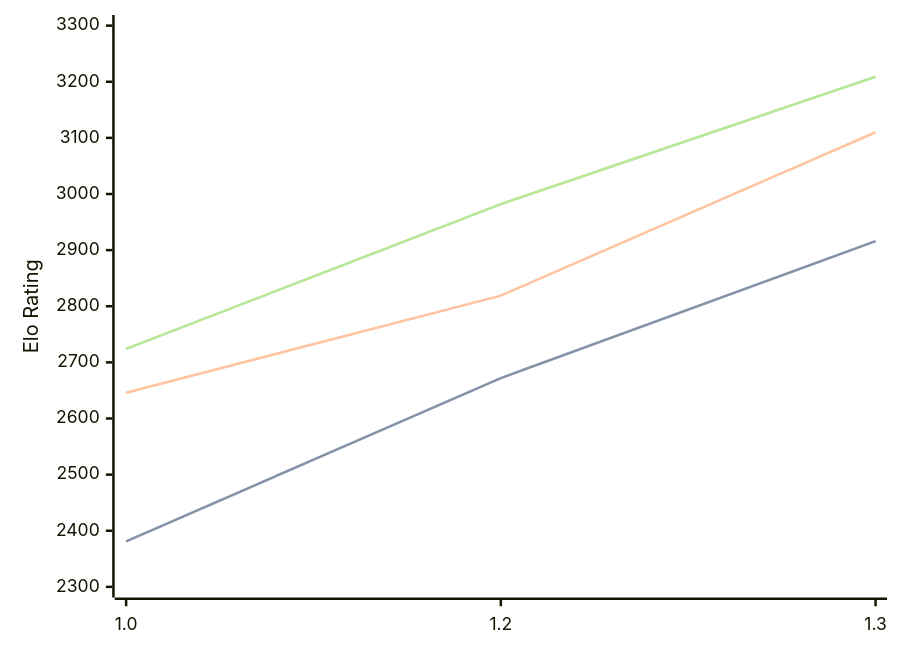
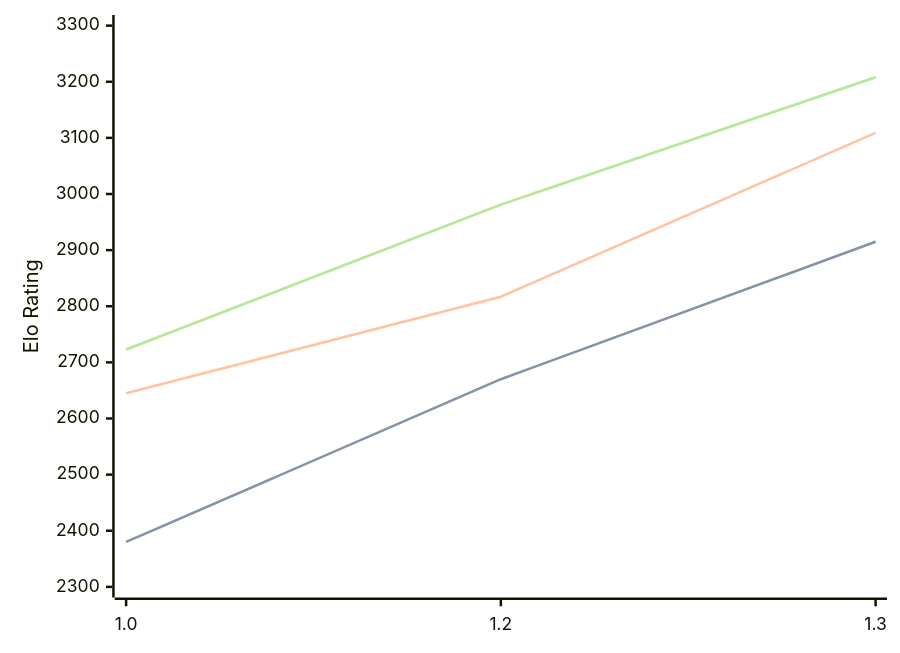
One commit to computer-chess-index/cci changed the diagram in engines/Chessnix.md. Above: the diagram before and after it, drawn with Mermaid. The commit also changed other lines of this file, not shown here.

Commit message:
Update CCI Ratings (ELO VLTC) - 2026-03-08

````diff
--- a/engines/Chessnix.md
+++ b/engines/Chessnix.md
@@ -33,11 +33,11 @@
 ```mermaid
 %%{init: {"theme":"base","themeVariables":{"seriesColors:['#a3a3a3','#222221','#faa371']}}}%%
 xychart-beta
   x-axis ["1.0", "1.2", "1.3"]
   y-axis "Elo Rating" 2300 --> 3300
-  line "STC (8.0+0.08s)" [2381, 2672, 2916]
-  line "STC (8.0+0.08s)" [2381, 2672, 2916]
-  line "LTC (60.0+0.60s)" [2646, 2819, 3110]
-  line "VLTC (2m24s+1.12s)" [2724, 2982, 3209]
-  line "VLTC (2m24s+1.12s)" [2724, 2982, 3209]
+  line "STC (8.0+0.08s)" [2380, 2670, 2915]
+  line "STC (8.0+0.08s)" [2380, 2670, 2915]
+  line "LTC (60.0+0.60s)" [2645, 2817, 3109]
+  line "VLTC (2m24s+1.12s)" [2723, 2981, 3208]
+  line "VLTC (2m24s+1.12s)" [2723, 2981, 3208]
 ```
````
